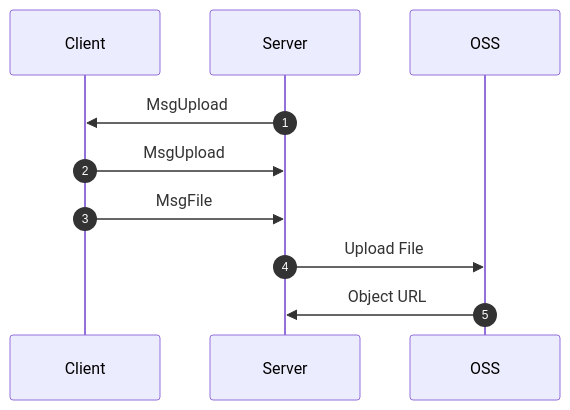
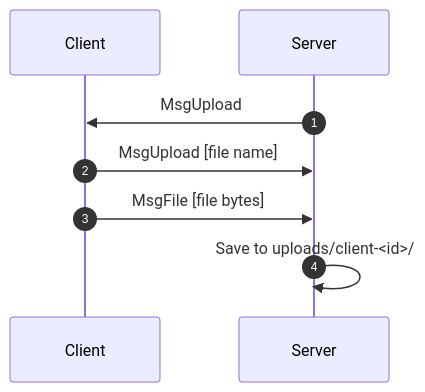
The fourth of 10 diagrams in content/docs/(siren)/protocol.mdx (SignorMercurio/siren_docs), drawn with Mermaid before and after one commit. The commit also changed other lines of this file and 18 other files, not shown here.

````diff
--- a/content/docs/(siren)/protocol.mdx
+++ b/content/docs/(siren)/protocol.mdx
@@ -97,12 +96,10 @@
 ```mermaid
 sequenceDiagram
     autonumber
     participant C as Client
     participant S as Server
-    participant O as OSS
     S->>C: MsgUpload
-    C->>S: MsgUpload
-    C->>S: MsgFile
-    S->>O: Upload File
-    O->>S: Object URL
+    C->>S: MsgUpload [file name]
+    C->>S: MsgFile [file bytes]
+    S->>S: Save to uploads/client-<id>/
 ```
````
